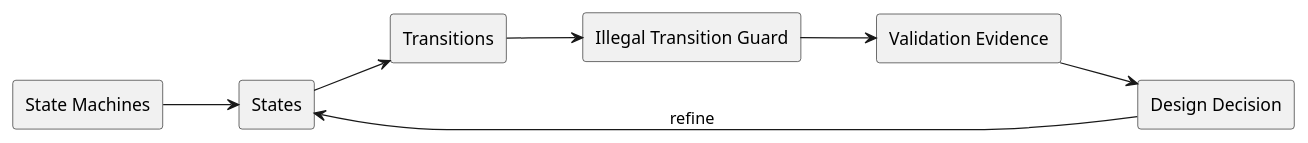
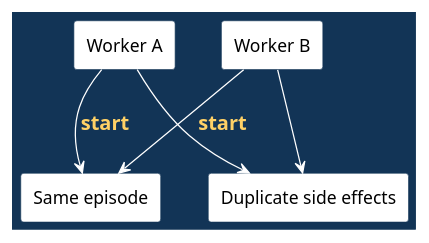
One commit to madajaju/CS5254 changed the ninth of 11 diagrams in doc/lectures/week11/state_machines/README.slides.adoc. Above: the diagram before and after it, drawn with PlantUML. The commit also changed other lines of this file and 129 other files, not shown here.

```diff
--- a/doc/lectures/week11/state_machines/README.slides.adoc
+++ b/doc/lectures/week11/state_machines/README.slides.adoc
@@ -70,22 +248,25 @@
-[plantuml, target=system_architecture, format=svg, width=80%]
+[plantuml, target=broken, format=svg, width=100%]
 ----
 @startuml
-skinparam monochrome true
+skinparam BackgroundColor #123456
+skinparam DefaultFontColor black
+skinparam ArrowColor white
+skinparam ArrowFontColor #ffd166
+skinparam ArrowFontStyle bold
+skinparam ArrowFontSize 16
 skinparam shadowing false
-left to right direction
-
-rectangle "State Machines" as Topic
-rectangle "States" as A
-rectangle "Transitions" as B
-rectangle "Illegal Transition Guard" as C
-rectangle "Validation Evidence" as V
-rectangle "Design Decision" as D
-
-Topic --> A
-A --> B
-B --> C
-C --> V
-V --> D
-D --> A : refine
+skinparam rectangle {
+  BackgroundColor white
+  BorderColor #123456
+  FontColor black
+}
+rectangle "Same episode" as E
+rectangle "Worker A" as A
+rectangle "Worker B" as B
+rectangle "Duplicate side effects" as D
+A --> E : start
+B --> E : start
+A --> D
+B --> D
 @enduml
 ----
```
